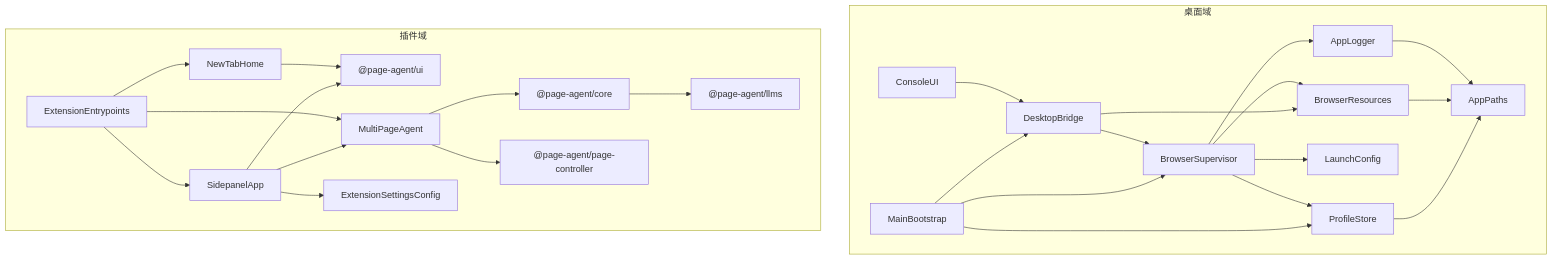
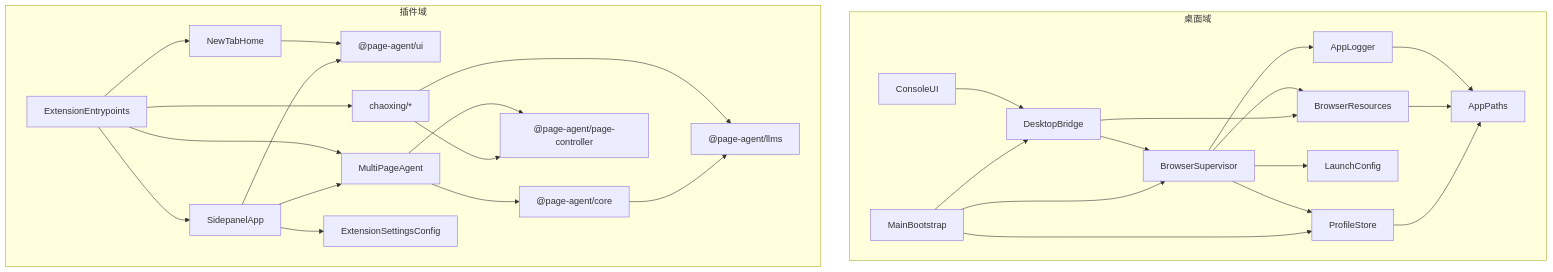
One commit to SmartSunruiyang/WenXue changed the diagram in .project.agents/docs/context/ARCHITECTURE.md. Above: the diagram before and after it, drawn with Mermaid. The commit also changed other lines of this file and 1 other file, not shown here.

First line of the commit message:
docs(chaoxing): 记录学习通求解器特性与模块

````diff
--- a/.project.agents/docs/context/ARCHITECTURE.md
+++ b/.project.agents/docs/context/ARCHITECTURE.md
@@ -225,30 +237,33 @@
 ```mermaid
 graph TD
     subgraph 桌面域
         MainBootstrap --> DesktopBridge
         MainBootstrap --> BrowserSupervisor
         MainBootstrap --> ProfileStore
         ConsoleUI --> DesktopBridge
         DesktopBridge --> BrowserSupervisor
         DesktopBridge --> BrowserResources
         BrowserSupervisor --> LaunchConfig
         BrowserSupervisor --> BrowserResources
         BrowserSupervisor --> ProfileStore
         BrowserSupervisor --> AppLogger
         ProfileStore --> AppPaths
         BrowserResources --> AppPaths
         AppLogger --> AppPaths
     end
     subgraph 插件域
         ExtensionEntrypoints --> SidepanelApp
         ExtensionEntrypoints --> NewTabHome
         NewTabHome --> PA_UI["@page-agent/ui"]
         ExtensionEntrypoints --> MultiPageAgent
+        ExtensionEntrypoints --> Chaoxing["chaoxing/*"]
         SidepanelApp --> MultiPageAgent
         SidepanelApp --> ExtensionSettingsConfig
         SidepanelApp --> PA_UI["@page-agent/ui"]
         MultiPageAgent --> PA_CORE["@page-agent/core"]
         MultiPageAgent --> PA_PC["@page-agent/page-controller"]
+        Chaoxing --> PA_LLMS["@page-agent/llms"]
+        Chaoxing --> PA_PC["@page-agent/page-controller"]
         PA_CORE --> PA_LLMS["@page-agent/llms"]
     end
 ```
````
